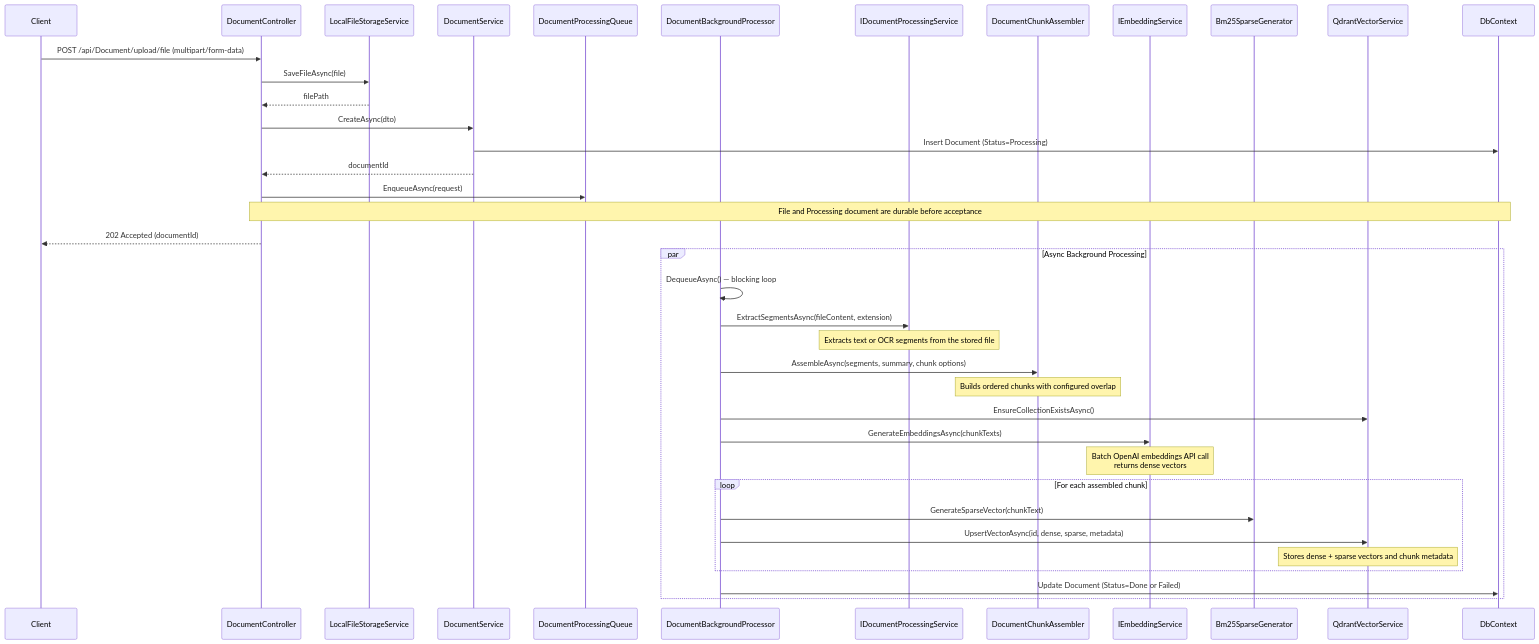
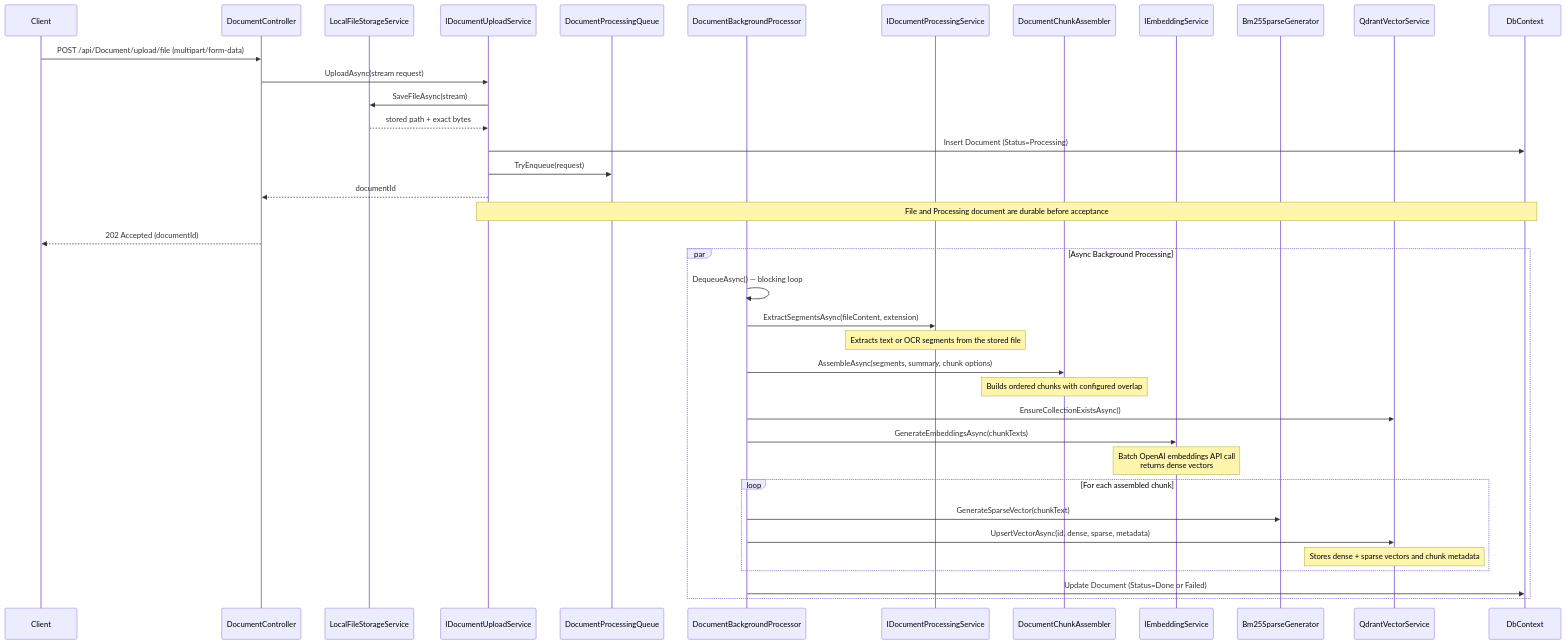
One commit to SWP391-SU26-SE1923-GROUP5/BE-SWP changed the third of 9 diagrams in ARCHITECTURE.md. Above: the diagram before and after it, drawn with Mermaid. The commit also changed 10 other files, not shown here.

````diff
--- a/ARCHITECTURE.md
+++ b/ARCHITECTURE.md
@@ -490,48 +490,46 @@
 ```mermaid
 sequenceDiagram
     participant Client
     participant Controller as DocumentController
     participant Storage as LocalFileStorageService
-    participant DocSvc as DocumentService
+    participant UploadSvc as IDocumentUploadService
     participant Queue as DocumentProcessingQueue
     participant Processor as DocumentBackgroundProcessor
     participant Extract as IDocumentProcessingService
     participant Assemble as DocumentChunkAssembler
     participant EmbedSvc as IEmbeddingService
     participant SparseGen as Bm25SparseGenerator
     participant Qdrant as QdrantVectorService
     participant DB as DbContext
 
     Client->>Controller: POST /api/Document/upload/file (multipart/form-data)
-    Controller->>Storage: SaveFileAsync(file)
-    Storage-->>Controller: filePath
-
-    Controller->>DocSvc: CreateAsync(dto)
-    DocSvc->>DB: Insert Document (Status=Processing)
-    DocSvc-->>Controller: documentId
-
-    Controller->>Queue: EnqueueAsync(request)
-    Note over Controller,DB: File and Processing document are durable before acceptance
+    Controller->>UploadSvc: UploadAsync(stream request)
+    UploadSvc->>Storage: SaveFileAsync(stream)
+    Storage-->>UploadSvc: stored path + exact bytes
+    UploadSvc->>DB: Insert Document (Status=Processing)
+    UploadSvc->>Queue: TryEnqueue(request)
+    UploadSvc-->>Controller: documentId
+    Note over UploadSvc,DB: File and Processing document are durable before acceptance
     Controller-->>Client: 202 Accepted (documentId)
 
     par Async Background Processing
         Processor->>Processor: DequeueAsync() — blocking loop
 
         Processor->>Extract: ExtractSegmentsAsync(fileContent, extension)
         Note over Extract: Extracts text or OCR segments from the stored file
         Processor->>Assemble: AssembleAsync(segments, summary, chunk options)
         Note over Assemble: Builds ordered chunks with configured overlap
 
         Processor->>Qdrant: EnsureCollectionExistsAsync()
         Processor->>EmbedSvc: GenerateEmbeddingsAsync(chunkTexts)
         Note over EmbedSvc: Batch OpenAI embeddings API call<br/>returns dense vectors
 
         loop For each assembled chunk
             Processor->>SparseGen: GenerateSparseVector(chunkText)
             Processor->>Qdrant: UpsertVectorAsync(id, dense, sparse, metadata)
             Note over Qdrant: Stores dense + sparse vectors and chunk metadata
         end
 
         Processor->>DB: Update Document (Status=Done or Failed)
     end
 ```
````
